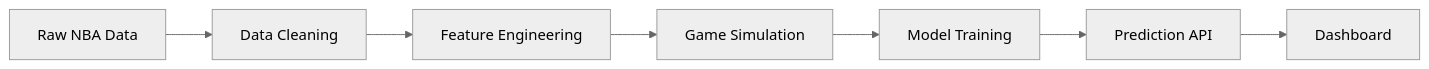
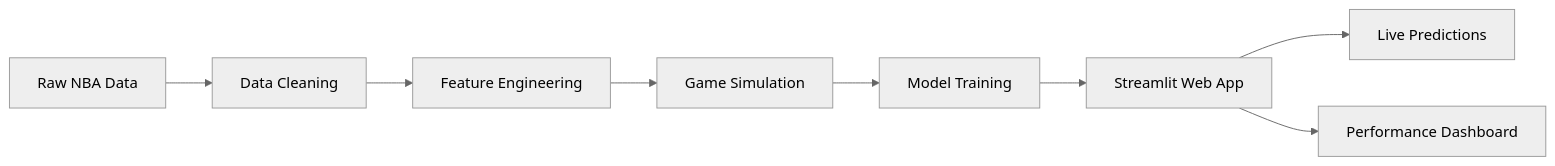
One commit to ayaanb132/NBA-Game-Predictor changed the diagram in README.md. Above: the diagram before and after it, drawn with Mermaid (neutral theme). The commit also changed other lines of this file, not shown here.

````diff
--- a/README.md
+++ b/README.md
@@ -64,9 +101,10 @@
 ```mermaid
 graph LR
     A[Raw NBA Data] --> B[Data Cleaning]
     B --> C[Feature Engineering]
     C --> D[Game Simulation]
     D --> E[Model Training]
-    E --> F[Prediction API]
-    F --> G[Dashboard]
+    E --> F[Streamlit Web App]
+    F --> G[Live Predictions]
+    F --> H[Performance Dashboard]
 ```
````
